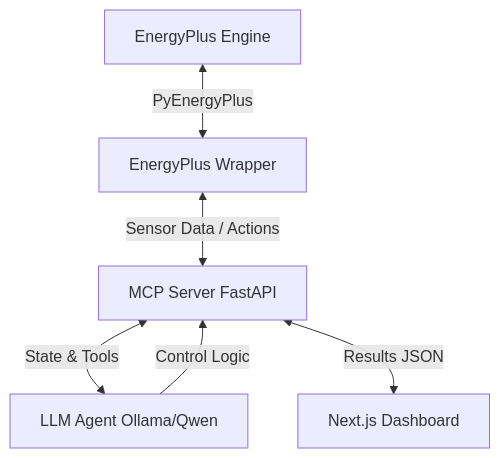
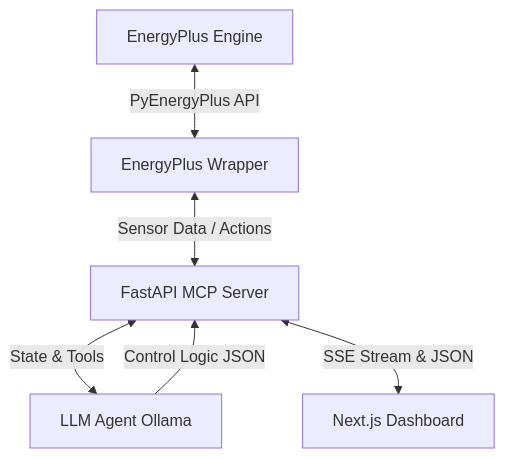
One commit to Quasar-025/hvac-ai changed the diagram in ARCHITECTURE.md. Above: the diagram before and after it, drawn with Mermaid. The commit also changed other lines of this file and 16 other files, not shown here.

````diff
--- a/ARCHITECTURE.md
+++ b/ARCHITECTURE.md
@@ -9,8 +9,8 @@
 ```mermaid
 graph TD
-    EP[EnergyPlus Engine] <-->|PyEnergyPlus| EW[EnergyPlus Wrapper]
-    EW <-->|Sensor Data / Actions| MCP[MCP Server FastAPI]
-    MCP <-->|State & Tools| LLM[LLM Agent Ollama/Qwen]
-    MCP <-->|Results JSON| WEB[Next.js Dashboard]
-    LLM -->|Control Logic| MCP
+    EP[EnergyPlus Engine] <-->|PyEnergyPlus API| EW[EnergyPlus Wrapper]
+    EW <-->|Sensor Data / Actions| MCP[FastAPI MCP Server]
+    MCP <-->|State & Tools| LLM[LLM Agent Ollama]
+    MCP <-->|SSE Stream & JSON| WEB[Next.js Dashboard]
+    LLM -->|Control Logic JSON| MCP
 ```
````
